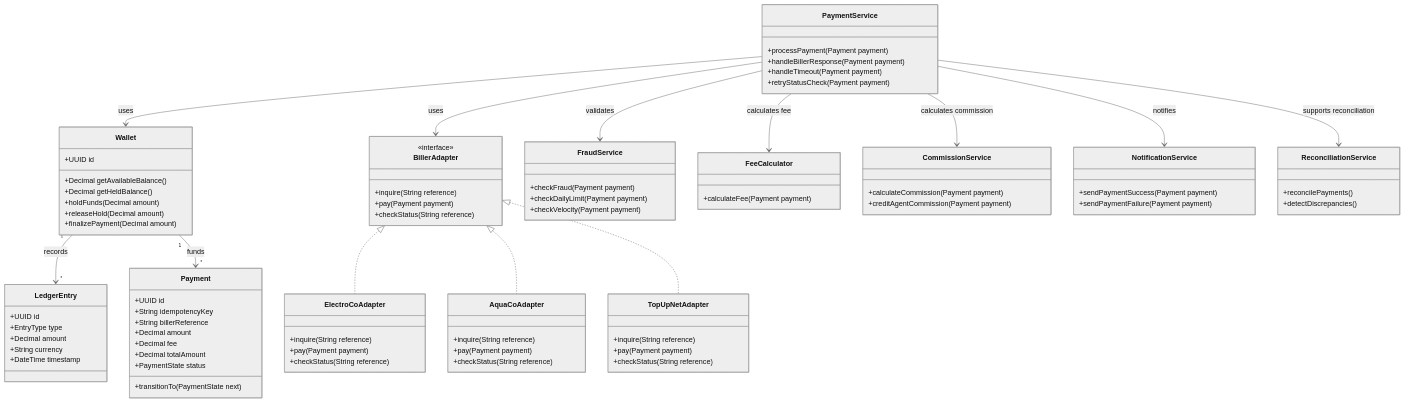
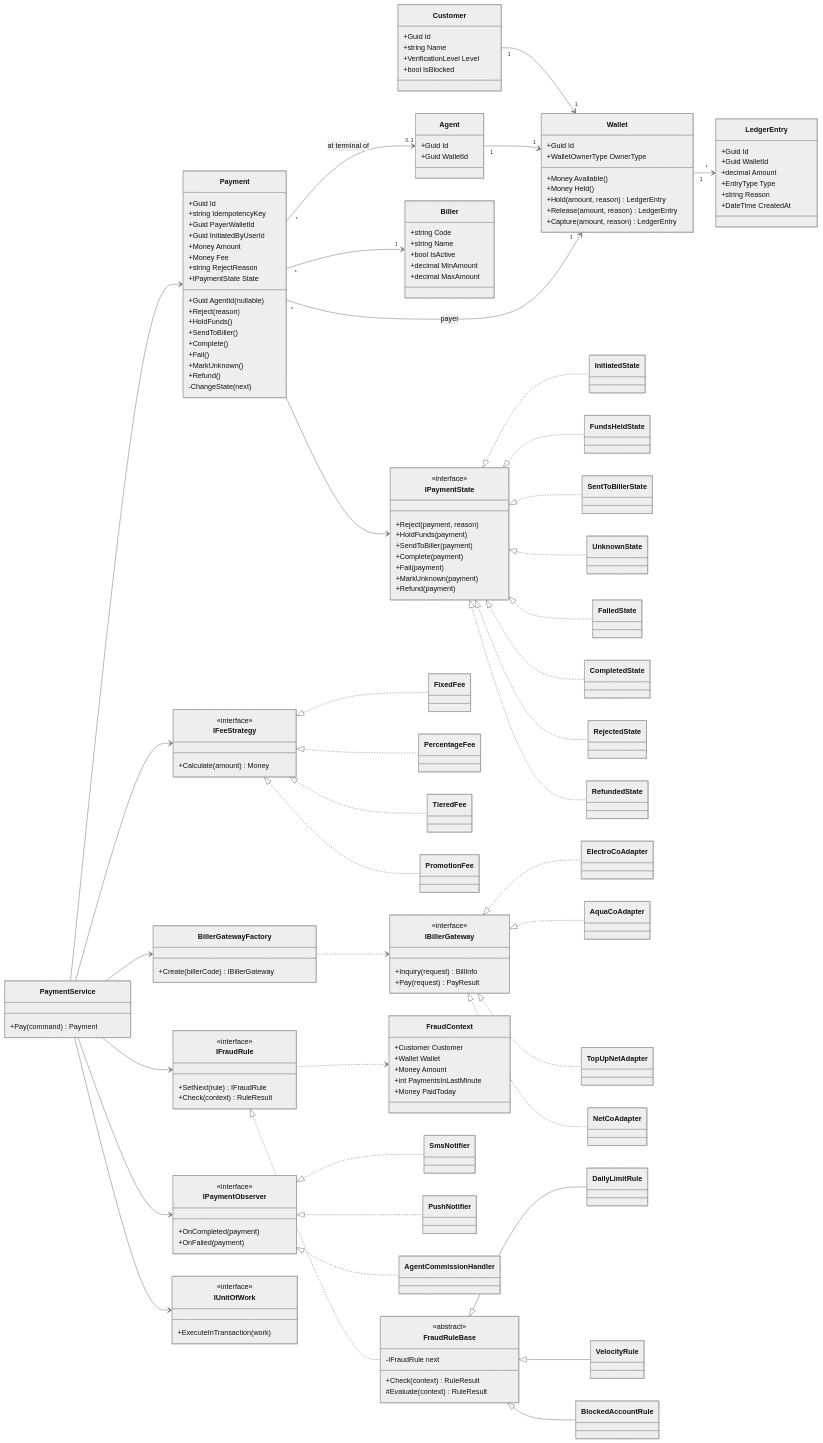
One commit to ashrif2006/PayLink changed the diagram in docs/design/domain-class.mmd. Above: the diagram before and after it, drawn with Mermaid (neutral theme).

Commit message:
Refactor domain class diagram to follow this design patters (opserver , strategy , state ...) (#12)

```diff
--- a/docs/design/domain-class.mmd
+++ b/docs/design/domain-class.mmd
@@ -1,101 +1,181 @@
 classDiagram
+    direction LR
+
+    class Customer {
+        +Guid Id
+        +string Name
+        +VerificationLevel Level
+        +bool IsBlocked
+    }
+    class Agent {
+        +Guid Id
+        +Guid WalletId
+    }
     class Wallet {
-        +UUID id
-        +Decimal getAvailableBalance()
-        +Decimal getHeldBalance()
-        +holdFunds(Decimal amount)
-        +releaseHold(Decimal amount)
-        +finalizePayment(Decimal amount)
+        +Guid Id
+        +WalletOwnerType OwnerType
+        +Money Available()
+        +Money Held()
+        +Hold(amount, reason) LedgerEntry
+        +Release(amount, reason) LedgerEntry
+        +Capture(amount, reason) LedgerEntry
+    }
+    class LedgerEntry {
+        +Guid Id
+        +Guid WalletId
+        +decimal Amount
+        +EntryType Type
+        +string Reason
+        +DateTime CreatedAt
+    }
+    class Biller {
+        +string Code
+        +string Name
+        +bool IsActive
+        +decimal MinAmount
+        +decimal MaxAmount
+    }
+    class Payment {
+        +Guid Id
+        +string IdempotencyKey
+        +Guid PayerWalletId
+        +Guid InitiatedByUserId
+        +Guid AgentId (nullable)
+        +Money Amount
+        +Money Fee
+        +string RejectReason
+        +IPaymentState State
+        +Reject(reason)
+        +HoldFunds()
+        +SendToBiller()
+        +Complete()
+        +Fail()
+        +MarkUnknown()
+        +Refund()
+        -ChangeState(next)
     }
 
-    class LedgerEntry {
-        +UUID id
-        +EntryType type
-        +Decimal amount
-        +String currency
-        +DateTime timestamp
+    class IPaymentState {
+        <<interface>>
+        +Reject(payment, reason)
+        +HoldFunds(payment)
+        +SendToBiller(payment)
+        +Complete(payment)
+        +Fail(payment)
+        +MarkUnknown(payment)
+        +Refund(payment)
+    }
+    class InitiatedState
+    class FundsHeldState
+    class SentToBillerState
+    class UnknownState
+    class FailedState
+    class CompletedState
+    class RejectedState
+    class RefundedState
+
+    class IBillerGateway {
+        <<interface>>
+        +Inquiry(request) BillInfo
+        +Pay(request) PayResult
+    }
+    class ElectroCoAdapter
+    class AquaCoAdapter
+    class TopUpNetAdapter
+    class NetCoAdapter
+    class BillerGatewayFactory {
+        +Create(billerCode) IBillerGateway
     }
 
-    class Payment {
-        +UUID id
-        +String idempotencyKey
-        +String billerReference
-        +Decimal amount
-        +Decimal fee
-        +Decimal totalAmount
-        +PaymentState status
-        +transitionTo(PaymentState next)
+    class IFeeStrategy {
+        <<interface>>
+        +Calculate(amount) Money
+    }
+    class FixedFee
+    class PercentageFee
+    class TieredFee
+    class PromotionFee
+
+    class IFraudRule {
+        <<interface>>
+        +SetNext(rule) IFraudRule
+        +Check(context) RuleResult
+    }
+    class FraudRuleBase {
+        <<abstract>>
+        -IFraudRule next
+        +Check(context) RuleResult
+        #Evaluate(context) RuleResult
+    }
+    class FraudContext {
+        +Customer Customer
+        +Wallet Wallet
+        +Money Amount
+        +int PaymentsInLastMinute
+        +Money PaidToday
+    }
+    class DailyLimitRule
+    class VelocityRule
+    class BlockedAccountRule
+
+    class IPaymentObserver {
+        <<interface>>
+        +OnCompleted(payment)
+        +OnFailed(payment)
+    }
+    class SmsNotifier
+    class PushNotifier
+    class AgentCommissionHandler
+
+    class IUnitOfWork {
+        <<interface>>
+        +ExecuteInTransaction(work)
+    }
+    class PaymentService {
+        +Pay(command) Payment
     }
 
-    class BillerAdapter {
-        <<interface>>
-        +inquire(String reference)
-        +pay(Payment payment)
-        +checkStatus(String reference)
-    }
+    Customer "1" --> "1" Wallet
+    Agent "1" --> "1" Wallet
+    Wallet "1" --> "*" LedgerEntry
+    Payment "*" --> "1" Wallet : payer
+    Payment "*" --> "0..1" Agent : at terminal of
+    Payment "*" --> "1" Biller
+    Payment --> IPaymentState
 
-    class ElectroCoAdapter {
-        +inquire(String reference)
-        +pay(Payment payment)
-        +checkStatus(String reference)
-    }
+    IPaymentState <|.. InitiatedState
+    IPaymentState <|.. FundsHeldState
+    IPaymentState <|.. SentToBillerState
+    IPaymentState <|.. UnknownState
+    IPaymentState <|.. FailedState
+    IPaymentState <|.. CompletedState
+    IPaymentState <|.. RejectedState
+    IPaymentState <|.. RefundedState
 
-    class AquaCoAdapter {
-        +inquire(String reference)
-        +pay(Payment payment)
-        +checkStatus(String reference)
-    }
+    IBillerGateway <|.. ElectroCoAdapter
+    IBillerGateway <|.. AquaCoAdapter
+    IBillerGateway <|.. TopUpNetAdapter
+    IBillerGateway <|.. NetCoAdapter
+    BillerGatewayFactory ..> IBillerGateway
 
-    class TopUpNetAdapter {
-        +inquire(String reference)
-        +pay(Payment payment)
-        +checkStatus(String reference)
-    }
+    IFeeStrategy <|.. FixedFee
+    IFeeStrategy <|.. PercentageFee
+    IFeeStrategy <|.. TieredFee
+    IFeeStrategy <|.. PromotionFee
 
-    class PaymentService {
-        +processPayment(Payment payment)
-        +handleBillerResponse(Payment payment)
-        +handleTimeout(Payment payment)
-        +retryStatusCheck(Payment payment)
-    }
+    IFraudRule <|.. FraudRuleBase
+    FraudRuleBase <|-- DailyLimitRule
+    FraudRuleBase <|-- VelocityRule
+    FraudRuleBase <|-- BlockedAccountRule
+    IFraudRule ..> FraudContext
 
-    class FraudService {
-        +checkFraud(Payment payment)
-        +checkDailyLimit(Payment payment)
-        +checkVelocity(Payment payment)
-    }
+    IPaymentObserver <|.. SmsNotifier
+    IPaymentObserver <|.. PushNotifier
+    IPaymentObserver <|.. AgentCommissionHandler
 
-    class FeeCalculator {
-        +calculateFee(Payment payment)
-    }
-
-    class CommissionService {
-        +calculateCommission(Payment payment)
-        +creditAgentCommission(Payment payment)
-    }
-
-    class NotificationService {
-        +sendPaymentSuccess(Payment payment)
-        +sendPaymentFailure(Payment payment)
-    }
-
-    class ReconciliationService {
-        +reconcilePayments()
-        +detectDiscrepancies()
-    }
-
-    Wallet "1" --> "*" LedgerEntry : records
-    Wallet "1" --> "*" Payment : funds
-
-    PaymentService --> Wallet : uses
-    PaymentService --> FraudService : validates
-    PaymentService --> FeeCalculator : calculates fee
-    PaymentService --> BillerAdapter : uses
-    PaymentService --> NotificationService : notifies
-
-    BillerAdapter <|.. ElectroCoAdapter
-    BillerAdapter <|.. AquaCoAdapter
-    BillerAdapter <|.. TopUpNetAdapter
-
-    PaymentService --> CommissionService : calculates commission
-    PaymentService --> ReconciliationService : supports reconciliation
+    PaymentService --> IUnitOfWork
+    PaymentService --> IFraudRule
+    PaymentService --> IFeeStrategy
+    PaymentService --> BillerGatewayFactory
+    PaymentService --> IPaymentObserver
+    PaymentService --> Payment
```
